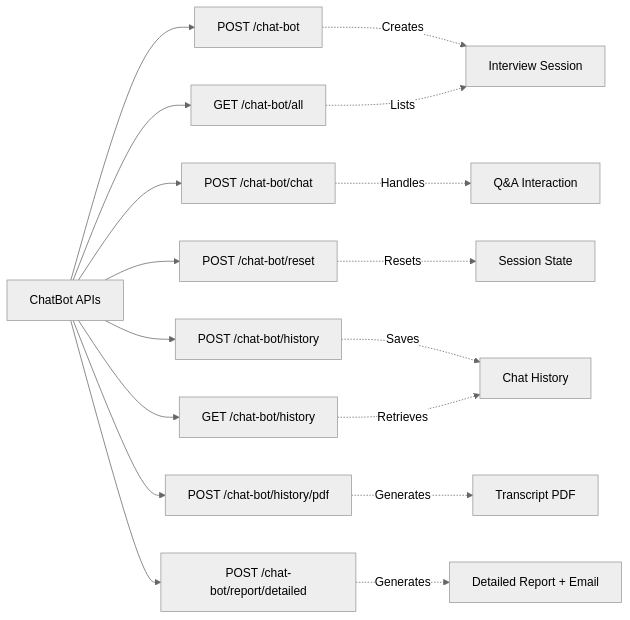
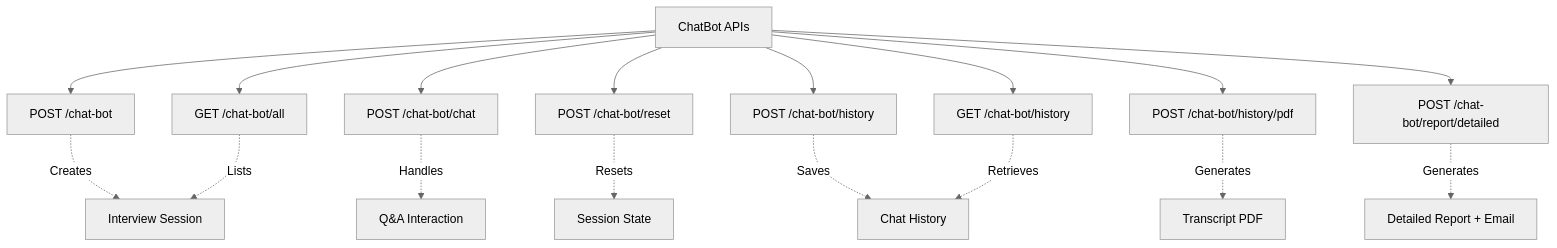
The ninth of 14 diagrams in ARCHITECTURE_DIAGRAM.md (Yandnyavalkya/JavaSherpa), drawn with Mermaid (neutral theme) before and after one commit. The commit also changed other lines of this file and 29 other files, not shown here.

````diff
--- a/ARCHITECTURE_DIAGRAM.md
+++ b/ARCHITECTURE_DIAGRAM.md
@@ -391,20 +389,20 @@
 ```mermaid
-graph LR
+graph TD
     A[ChatBot APIs] --> B[POST /chat-bot]
     A --> C[GET /chat-bot/all]
     A --> D[POST /chat-bot/chat]
     A --> E[POST /chat-bot/reset]
     A --> F[POST /chat-bot/history]
     A --> G[GET /chat-bot/history]
     A --> H[POST /chat-bot/history/pdf]
     A --> I[POST /chat-bot/report/detailed]
     
     B -.->|Creates| J[Interview Session]
     C -.->|Lists| J
     D -.->|Handles| K[Q&A Interaction]
     E -.->|Resets| L[Session State]
     F -.->|Saves| M[Chat History]
     G -.->|Retrieves| M
     H -.->|Generates| N[Transcript PDF]
     I -.->|Generates| O[Detailed Report + Email]
 ```
````
